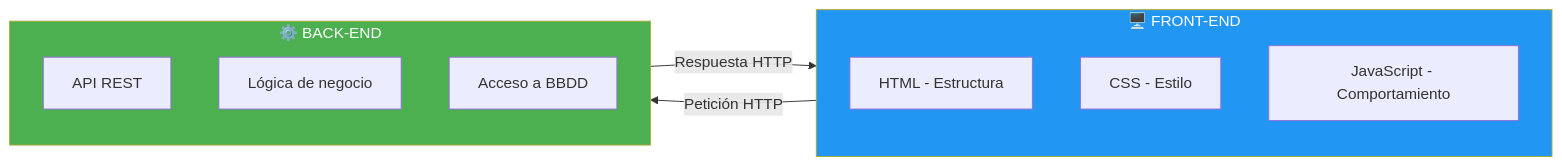
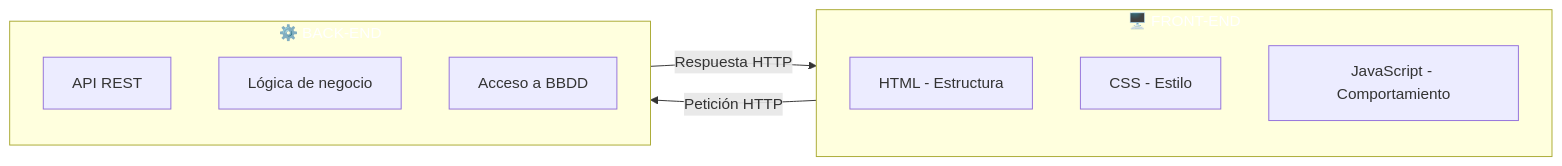
One commit to joseluisgs/DesarrolloWebEntornosServidor-01-2026-2027 changed the first of 2 diagrams in 02-componentes-web.md. Above: the diagram before and after it, drawn with Mermaid. The commit also changed other lines of this file and 66 other files, not shown here.

First line of the commit message:
fix: normalizar titulos al castellano de frase y corregir la paleta de mermaid

````diff
--- a/02-componentes-web.md
+++ b/02-componentes-web.md
@@ -31,20 +31,20 @@
 ```mermaid
 graph LR
     subgraph FRONTEND["🖥️ FRONT-END"]
         A1["HTML - Estructura"]
         A2["CSS - Estilo"]
         A3["JavaScript - Comportamiento"]
     end
 
     subgraph BACKEND["⚙️ BACK-END"]
         B1["API REST"]
         B2["Lógica de negocio"]
         B3["Acceso a BBDD"]
     end
 
     FRONTEND -->|"Petición HTTP"| BACKEND
     BACKEND -->|"Respuesta HTTP"| FRONTEND
 
-    style FRONTEND fill:#2196F3,color:#fff
-    style BACKEND fill:#4CAF50,color:#fff
+    style FRONTEND fill:#2196F,color:#fff3,color:#fff
+    style BACKEND fill:#4CAF5,color:#fff0,color:#fff
 ```
````
